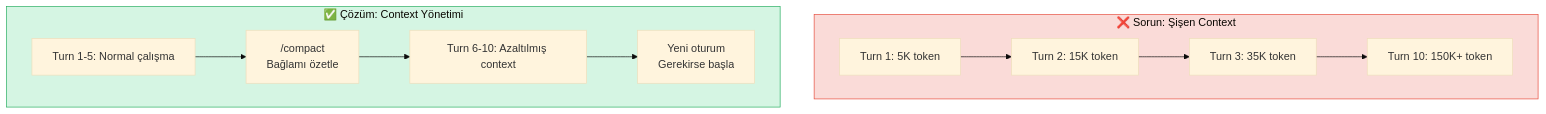
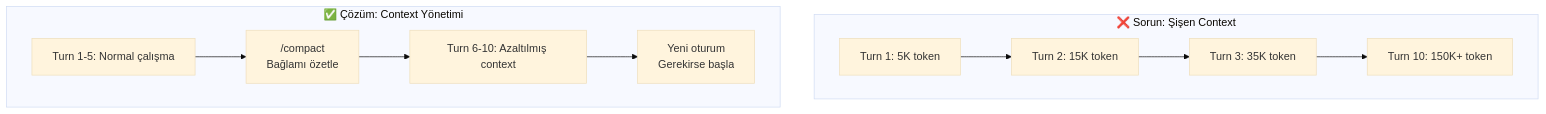
Before and after one commit to IzzetYasinAtes/ClaudeCodeHandbook: the fourth of 7 diagrams in 17-konfigurasyon/05-maliyet-yonetimi.md, drawn with Mermaid (base theme). The commit also changed other lines of this file and 97 other files, not shown here.

Commit message:
Remove all custom Mermaid style/fill colors from 98 markdown files for consistent dark theme rendering

````diff
--- a/17-konfigurasyon/05-maliyet-yonetimi.md
+++ b/17-konfigurasyon/05-maliyet-yonetimi.md
@@ -109,18 +100,16 @@
 ```mermaid
 flowchart TD
     subgraph problem ["❌ Sorun: Şişen Context"]
         P1["Turn 1: 5K token"] --> P2["Turn 2: 15K token"]
         P2 --> P3["Turn 3: 35K token"]
         P3 --> P4["Turn 10: 150K+ token"]
     end
 
     subgraph solution ["✅ Çözüm: Context Yönetimi"]
         S1["Turn 1-5: Normal çalışma"]
         S1 --> S2["/compact<br/>Bağlamı özetle"]
         S2 --> S3["Turn 6-10: Azaltılmış context"]
         S3 --> S4["Yeni oturum<br/>Gerekirse başla"]
     end
 
-    style problem fill:#FADBD8,stroke:#E74C3C
-    style solution fill:#D5F5E3,stroke:#27AE60
 ```
````
